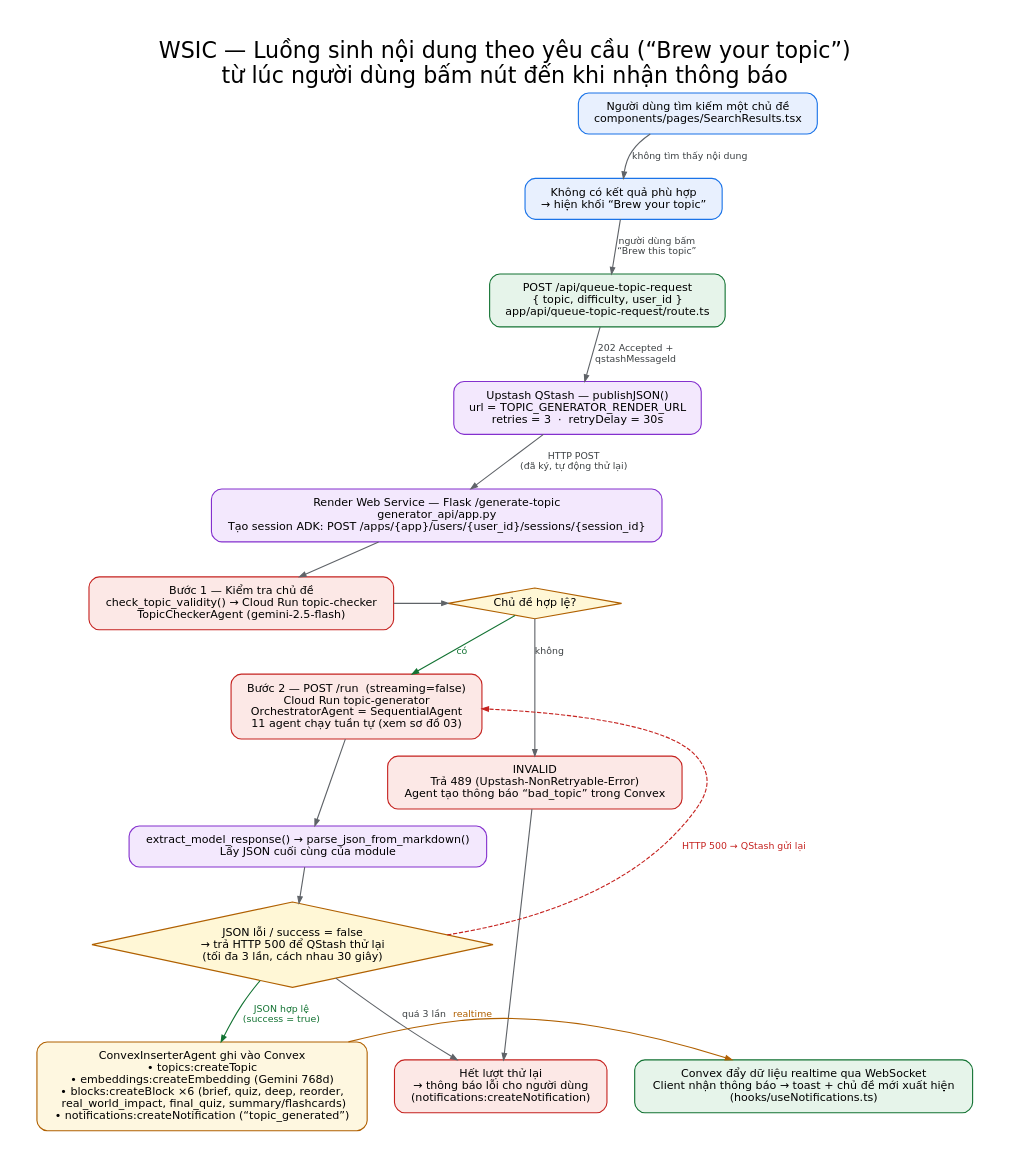
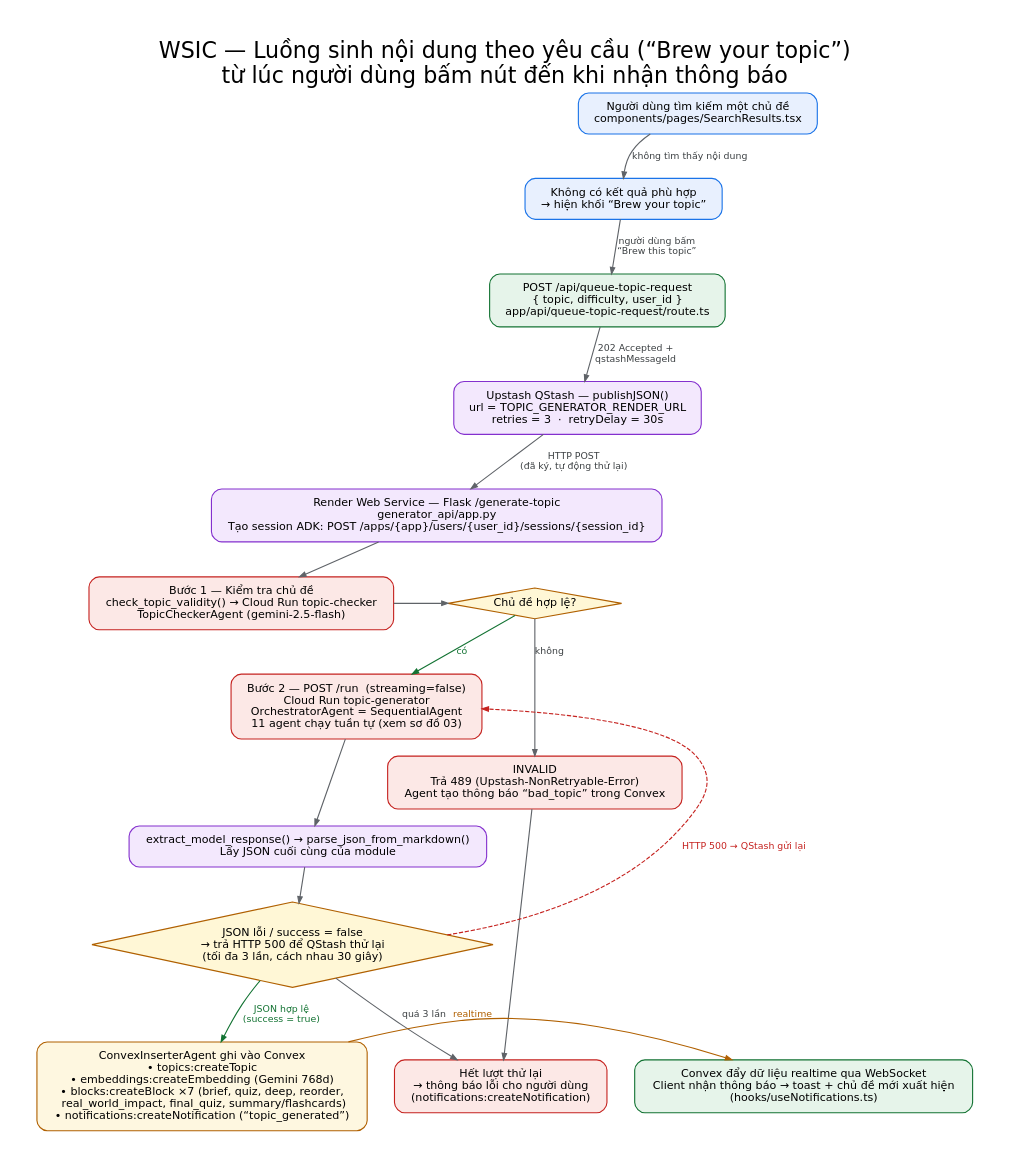
The diagram in docs/diagrams/src/02-luong-sinh-noi-dung.dot (khanhlegood1/wsic), drawn with Graphviz before and after one commit. The commit also changed 8 other files, not shown here.

First line of the commit message:
docs(c4): add C4 model diagram sources + fix block count 6→7

```diff
--- a/docs/diagrams/src/02-luong-sinh-noi-dung.dot
+++ b/docs/diagrams/src/02-luong-sinh-noi-dung.dot
@@ -1,45 +1,45 @@
 digraph brew {
   graph [
     rankdir=TB, fontname="DejaVu Sans", fontsize=26, labelloc="t",
     label="WSIC — Luồng sinh nội dung theo yêu cầu (“Brew your topic”)\ntừ lúc người dùng bấm nút đến khi nhận thông báo",
     bgcolor="#ffffff", pad=0.5, nodesep=0.45, ranksep=0.55, compound=true, newrank=true
   ];
   node [shape=box, style="rounded,filled", fontname="DejaVu Sans", fontsize=13, color="#3c4043", penwidth=1.3, fillcolor="#ffffff", margin="0.22,0.14"];
   edge [fontname="DejaVu Sans", fontsize=11, color="#5f6368", penwidth=1.3, arrowsize=0.75, fontcolor="#3c4043"];
 
   start [label="Người dùng tìm kiếm một chủ đề\ncomponents/pages/SearchResults.tsx", fillcolor="#e8f0fe", color="#1a73e8"];
   miss  [label="Không có kết quả phù hợp\n→ hiện khối “Brew your topic”", fillcolor="#e8f0fe", color="#1a73e8"];
   queue [label="POST /api/queue-topic-request\n{ topic, difficulty, user_id }\napp/api/queue-topic-request/route.ts", fillcolor="#e6f4ea", color="#137333"];
   qstash [label="Upstash QStash — publishJSON()\nurl = TOPIC_GENERATOR_RENDER_URL\nretries = 3  ·  retryDelay = 30s", fillcolor="#f3e8fd", color="#8430ce"];
   flask [label="Render Web Service — Flask /generate-topic\ngenerator_api/app.py\nTạo session ADK: POST /apps/{app}/users/{user_id}/sessions/{session_id}", fillcolor="#f3e8fd", color="#8430ce"];
   check [label="Bước 1 — Kiểm tra chủ đề\ncheck_topic_validity() → Cloud Run topic-checker\nTopicCheckerAgent (gemini-2.5-flash)", fillcolor="#fce8e6", color="#c5221f", shape=box];
   decision [label="Chủ đề hợp lệ?", shape=diamond, style="filled", fillcolor="#fff7d6", color="#b06000", fontsize=13, margin="0.1,0.05"];
   invalid [label="INVALID\nTrả 489 (Upstash-NonRetryable-Error)\nAgent tạo thông báo “bad_topic” trong Convex", fillcolor="#fce8e6", color="#c5221f"];
   run [label="Bước 2 — POST /run  (streaming=false)\nCloud Run topic-generator\nOrchestratorAgent = SequentialAgent\n11 agent chạy tuần tự (xem sơ đồ 03)", fillcolor="#fce8e6", color="#c5221f"];
   parse [label="extract_model_response() → parse_json_from_markdown()\nLấy JSON cuối cùng của module", fillcolor="#f3e8fd", color="#8430ce"];
   retry [label="JSON lỗi / success = false\n→ trả HTTP 500 để QStash thử lại\n(tối đa 3 lần, cách nhau 30 giây)", shape=diamond, style="filled", fillcolor="#fff7d6", color="#b06000", fontsize=13, margin="0.1,0.05"];
   fail [label="Hết lượt thử lại\n→ thông báo lỗi cho người dùng\n(notifications:createNotification)", fillcolor="#fce8e6", color="#c5221f"];
-  convex [label="ConvexInserterAgent ghi vào Convex\n• topics:createTopic\n• embeddings:createEmbedding (Gemini 768d)\n• blocks:createBlock ×6 (brief, quiz, deep, reorder,\n  real_world_impact, final_quiz, summary/flashcards)\n• notifications:createNotification (“topic_generated”)", fillcolor="#fef7e0", color="#b06000"];
+  convex [label="ConvexInserterAgent ghi vào Convex\n• topics:createTopic\n• embeddings:createEmbedding (Gemini 768d)\n• blocks:createBlock ×7 (brief, quiz, deep, reorder,\n  real_world_impact, final_quiz, summary/flashcards)\n• notifications:createNotification (“topic_generated”)", fillcolor="#fef7e0", color="#b06000"];
   done [label="Convex đẩy dữ liệu realtime qua WebSocket\nClient nhận thông báo → toast + chủ đề mới xuất hiện\n(hooks/useNotifications.ts)", fillcolor="#e6f4ea", color="#137333"];
 
   start -> miss [label="không tìm thấy nội dung"];
   miss -> queue [label="người dùng bấm\n“Brew this topic”"];
   queue -> qstash [label="202 Accepted +\nqstashMessageId"];
   qstash -> flask [label="HTTP POST\n(đã ký, tự động thử lại)"];
   flask -> check;
   check -> decision;
   decision -> invalid [label="không"];
   decision -> run [label="có", color="#137333", fontcolor="#137333"];
   invalid -> fail;
   run -> parse;
   parse -> retry;
   retry -> fail [label="quá 3 lần"];
   retry -> convex [label="JSON hợp lệ\n(success = true)", color="#137333", fontcolor="#137333"];
   convex -> done [label="realtime", color="#b06000", fontcolor="#b06000"];
   done -> start [style=invis];
 
   retry -> run [label="HTTP 500 → QStash gửi lại", style=dashed, color="#c5221f", fontcolor="#c5221f", constraint=false];
 
   { rank=same; check; decision; }
   { rank=same; convex; done; }
 }
```
